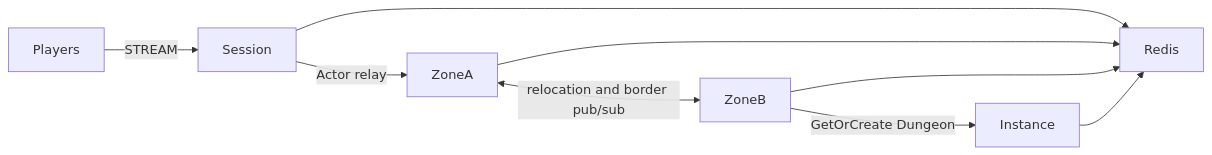
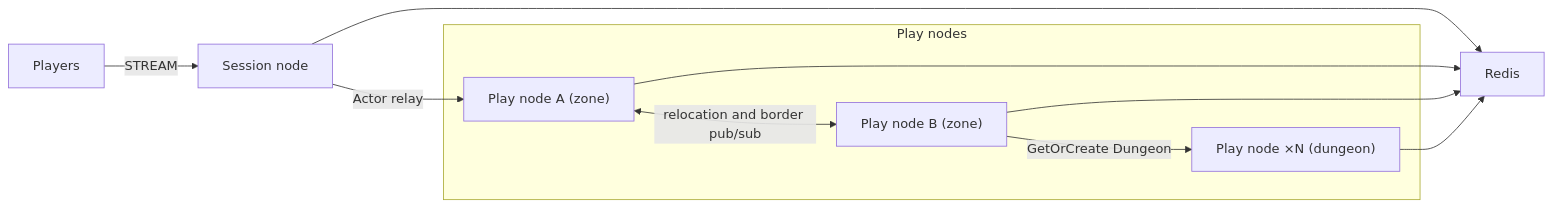
Before and after one commit to zlink-systems/zlink: the diagram in framework/languages/java/templates/java/mmo-seamless/my-game/README.md, drawn with Mermaid. The commit also changed other lines of this file and 223 other files, not shown here.

First line of the commit message:
docs(templates): 모든 템플릿의 노드 이름을 Session node · Play node · API node로 (#5350)

````diff
--- a/framework/languages/java/templates/java/mmo-seamless/my-game/README.md
+++ b/framework/languages/java/templates/java/mmo-seamless/my-game/README.md
@@ -5,11 +5,16 @@
 ```mermaid
 flowchart LR
-  Players -->|STREAM|Session
+  subgraph playNodes["Play nodes"]
+    ZoneA["Play node A (zone)"]
+    ZoneB["Play node B (zone)"]
+    Instance["Play node ×N (dungeon)"]
+  end
+  Players -->|STREAM|Session["Session node"]
   Session -->|Actor relay|ZoneA
   ZoneA <-->|relocation and border pub/sub|ZoneB
   ZoneB -->|GetOrCreate Dungeon|Instance
   Session -->Redis
   ZoneA -->Redis
   ZoneB -->Redis
   Instance -->Redis
 ```
````
